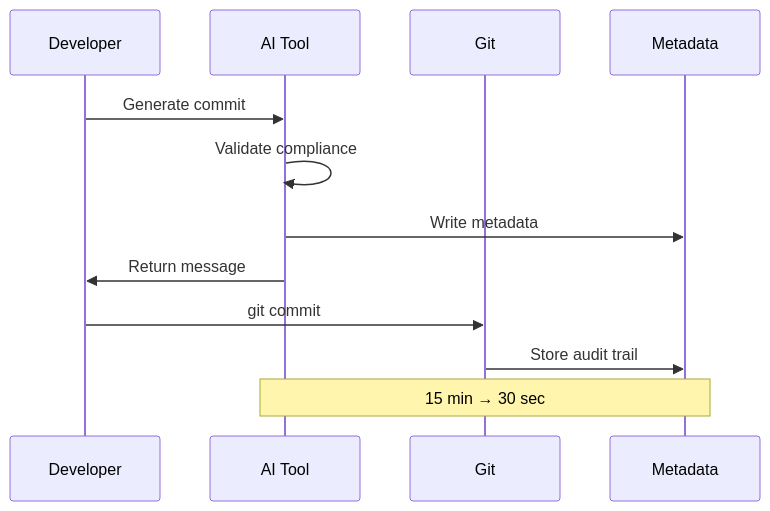
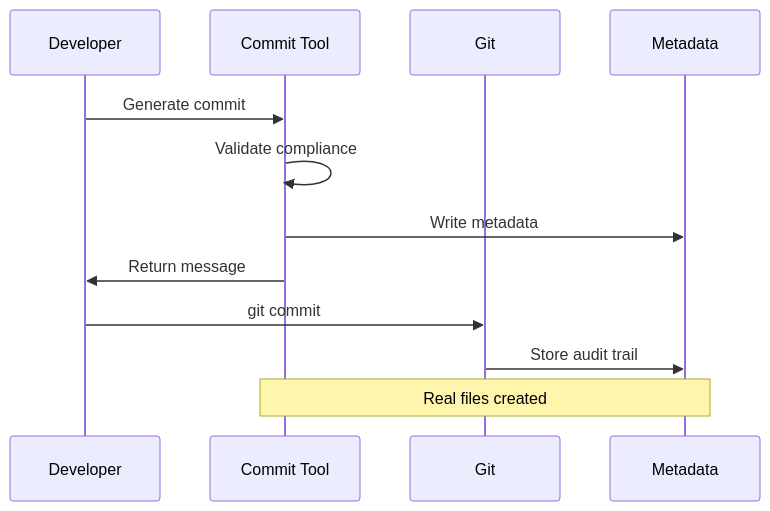
The second of 5 diagrams in START_HERE.md (Oluseyi-Kofoworola/gitops2-healthcare-intelligence-git-commit), drawn with Mermaid before and after one commit. The commit also changed other lines of this file and 7 other files, not shown here.

````diff
--- a/START_HERE.md
+++ b/START_HERE.md
@@ -103,16 +107,16 @@
 ```mermaid
 sequenceDiagram
     participant Dev as Developer
-    participant AI as AI Tool
+    participant Tool as Commit Tool
     participant Git as Git
     participant JSON as Metadata
     
-    Dev->>AI: Generate commit
-    AI->>AI: Validate compliance
-    AI->>JSON: Write metadata
-    AI->>Dev: Return message
+    Dev->>Tool: Generate commit
+    Tool->>Tool: Validate compliance
+    Tool->>JSON: Write metadata
+    Tool->>Dev: Return message
     Dev->>Git: git commit
     Git->>JSON: Store audit trail
     
-    Note over AI,JSON: 15 min → 30 sec
+    Note over Tool,JSON: Real files created
 ```
````
